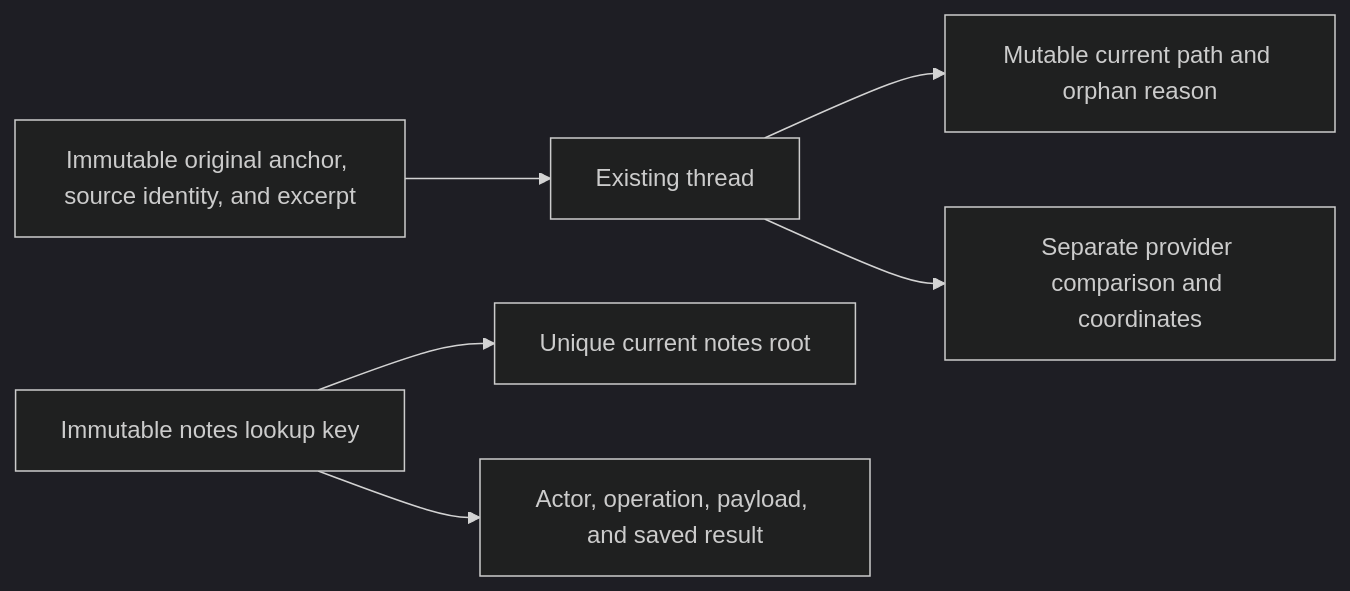
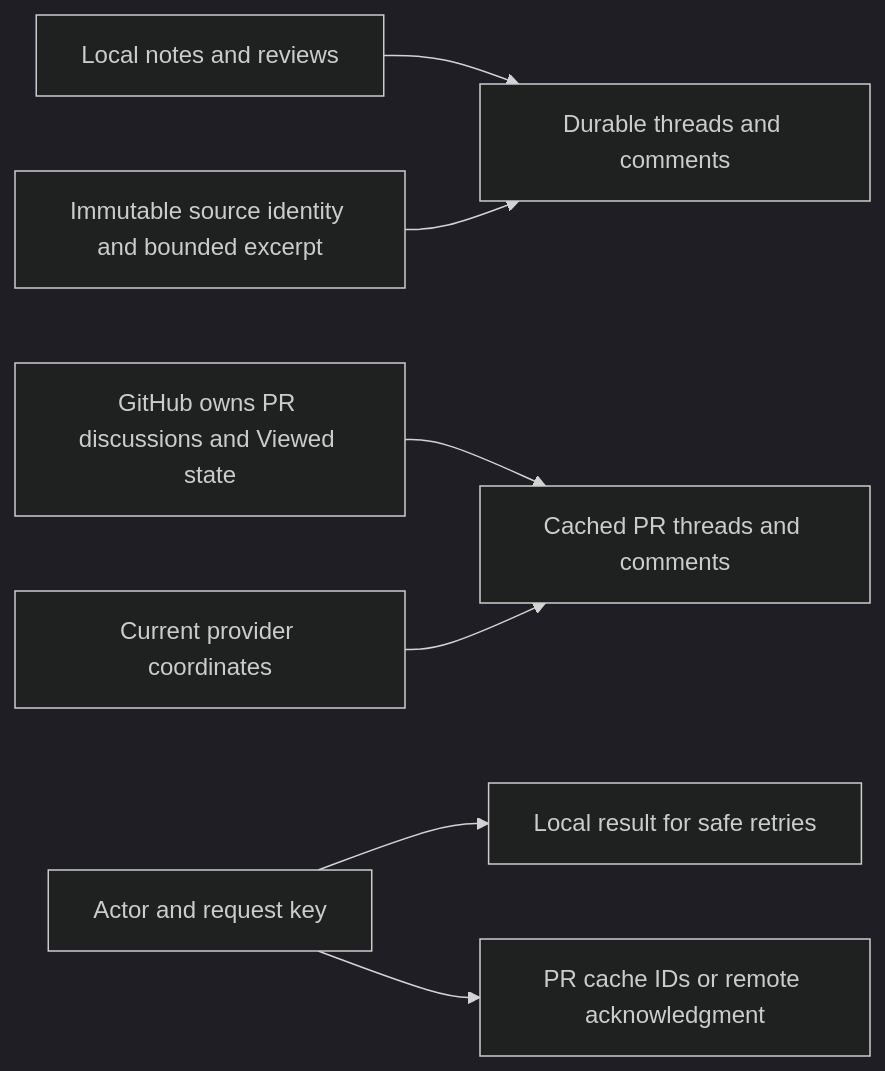
The sixth of 6 diagrams in docs/architecture/db/index.md (difflab-io/lgtm), drawn with Mermaid (dark theme) before and after one commit. The commit also changed other lines of this file and 67 other files, not shown here.

````diff
--- a/docs/architecture/db/index.md
+++ b/docs/architecture/db/index.md
@@ -500,8 +484,9 @@
 ```mermaid
 flowchart LR
-    Origin["Immutable original anchor, source identity, and excerpt"] --> Thread["Existing thread"]
-    Thread --> Current["Mutable current path and orphan reason"]
-    Thread --> Forge["Separate provider comparison and coordinates"]
-    Context["Immutable notes lookup key"] --> Root["Unique current notes root"]
-    Context --> Receipt["Actor, operation, payload, and saved result"]
+    Local["Local notes and reviews"] --> Threads["Durable threads and comments"]
+    GitHub["GitHub owns PR discussions and Viewed state"] --> Cache["Cached PR threads and comments"]
+    Evidence["Immutable source identity and bounded excerpt"] --> Threads
+    Observation["Current provider coordinates"] --> Cache
+    Retry["Actor and request key"] --> LocalResult["Local result for safe retries"]
+    Retry --> PRResult["PR cache IDs or remote acknowledgment"]
 ```
````
